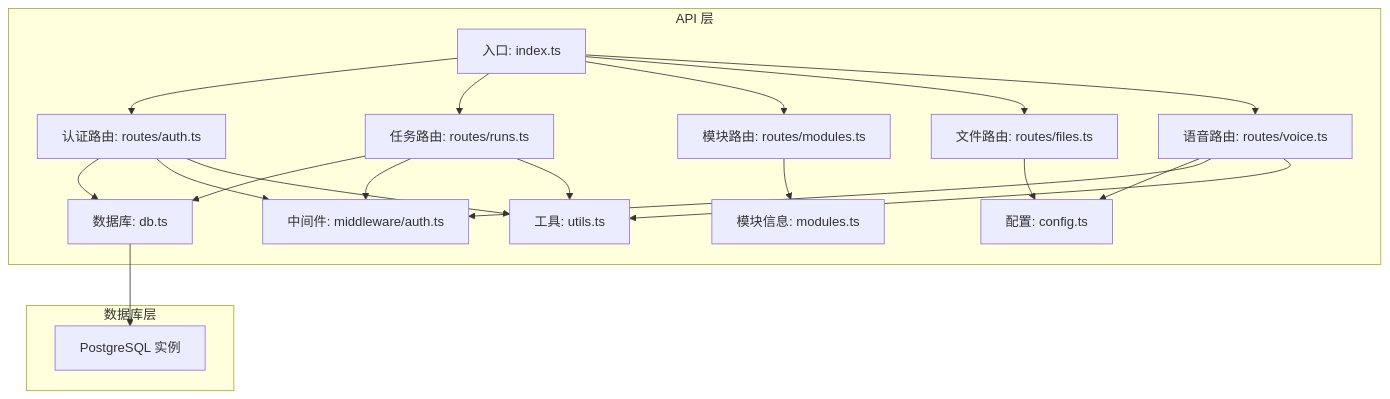
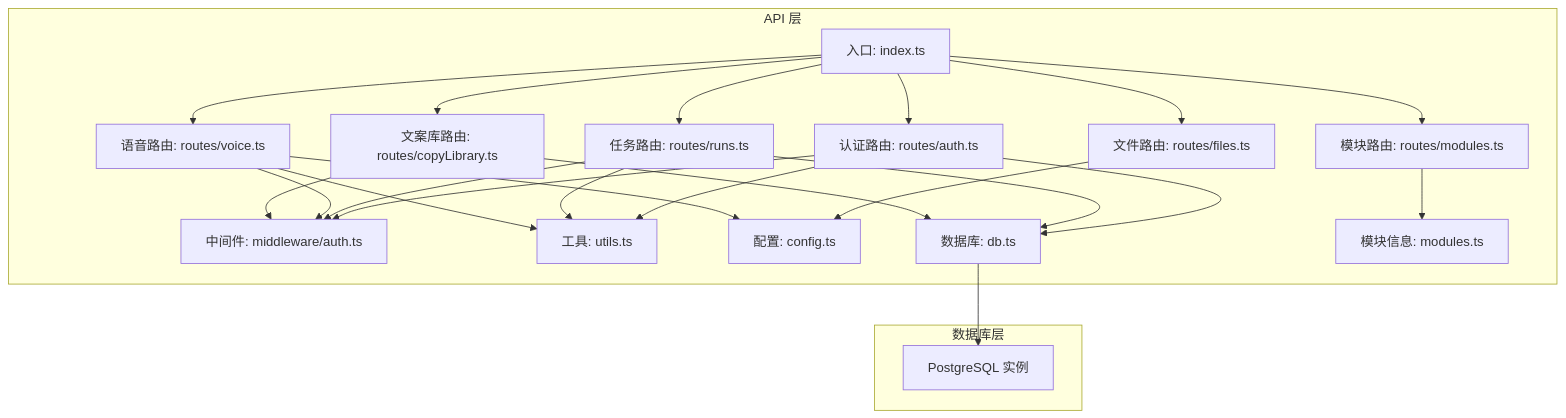
The first of 4 diagrams in .qoder/repowiki/zh/content/数据库设计.md (hanksd769-droid/sailshub), drawn with Mermaid before and after one commit. The commit also changed other lines of this file and 6 other files, not shown here.

````diff
--- a/.qoder/repowiki/zh/content/数据库设计.md
+++ b/.qoder/repowiki/zh/content/数据库设计.md
@@ -37,36 +48,40 @@
 ```mermaid
 graph TB
 subgraph "API 层"
 IDX["入口: index.ts"]
 AUTH["认证路由: routes/auth.ts"]
 RUNS["任务路由: routes/runs.ts"]
 MODS["模块路由: routes/modules.ts"]
 FILES["文件路由: routes/files.ts"]
 VOICE["语音路由: routes/voice.ts"]
+COPYLIB["文案库路由: routes/copyLibrary.ts"]
 MWARE["中间件: middleware/auth.ts"]
 UTILS["工具: utils.ts"]
 CFG["配置: config.ts"]
 DB["数据库: db.ts"]
 MODINFO["模块信息: modules.ts"]
 end
 subgraph "数据库层"
 PG["PostgreSQL 实例"]
 end
 IDX --> AUTH
 IDX --> RUNS
 IDX --> MODS
 IDX --> FILES
 IDX --> VOICE
+IDX --> COPYLIB
 AUTH --> DB
 RUNS --> DB
 MODS --> MODINFO
 FILES --> CFG
 VOICE --> CFG
+COPYLIB --> DB
 AUTH --> MWARE
 RUNS --> MWARE
 VOICE --> MWARE
+COPYLIB --> MWARE
 AUTH --> UTILS
 RUNS --> UTILS
 VOICE --> UTILS
 DB --> PG
 ```
````
